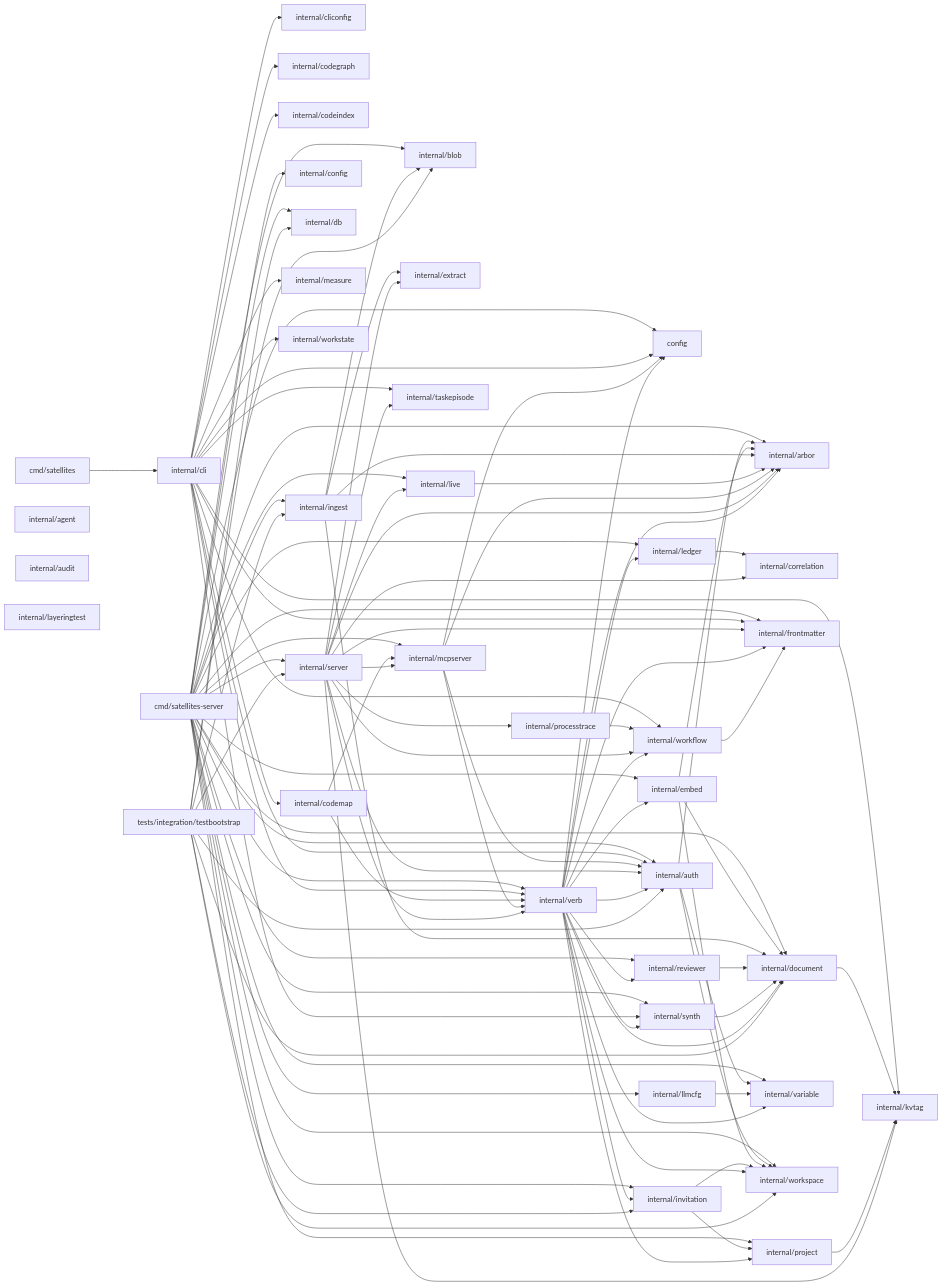
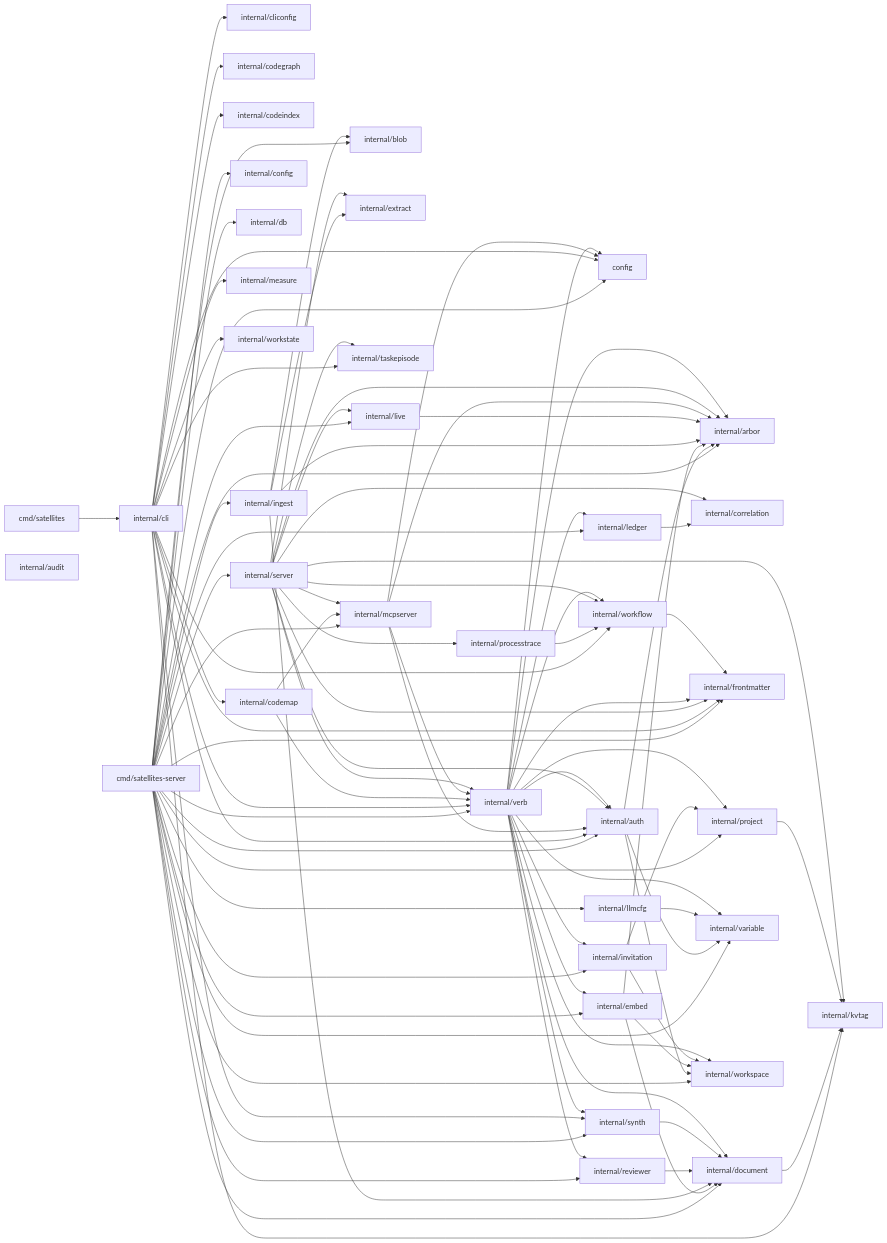
One commit to bobmcallan/satellites changed the diagram in docs/codegraph/codegraph.md. Above: the diagram before and after it, drawn with Mermaid. The commit also changed other lines of this file, not shown here.

First line of the commit message:
feat(codegraph): embed code-graph JSON block in published doc (sty_5f10a95d)

````diff
--- a/docs/codegraph/codegraph.md
+++ b/docs/codegraph/codegraph.md
@@ -10,7 +694,6 @@
   github_com_bobmcallan_satellites_cmd_satellites["cmd/satellites"]
   github_com_bobmcallan_satellites_cmd_satellites_server["cmd/satellites-server"]
   github_com_bobmcallan_satellites_config["config"]
-  github_com_bobmcallan_satellites_internal_agent["internal/agent"]
   github_com_bobmcallan_satellites_internal_arbor["internal/arbor"]
   github_com_bobmcallan_satellites_internal_audit["internal/audit"]
   github_com_bobmcallan_satellites_internal_auth["internal/auth"]
@@ -30,7 +713,6 @@
   github_com_bobmcallan_satellites_internal_ingest["internal/ingest"]
   github_com_bobmcallan_satellites_internal_invitation["internal/invitation"]
   github_com_bobmcallan_satellites_internal_kvtag["internal/kvtag"]
-  github_com_bobmcallan_satellites_internal_layeringtest["internal/layeringtest"]
   github_com_bobmcallan_satellites_internal_ledger["internal/ledger"]
   github_com_bobmcallan_satellites_internal_live["internal/live"]
   github_com_bobmcallan_satellites_internal_llmcfg["internal/llmcfg"]
@@ -47,7 +729,6 @@
   github_com_bobmcallan_satellites_internal_workflow["internal/workflow"]
   github_com_bobmcallan_satellites_internal_workspace["internal/workspace"]
   github_com_bobmcallan_satellites_internal_workstate["internal/workstate"]
-  github_com_bobmcallan_satellites_tests_integration_testbootstrap["tests/integration/testbootstrap"]
   github_com_bobmcallan_satellites_cmd_satellites --> github_com_bobmcallan_satellites_internal_cli
   github_com_bobmcallan_satellites_cmd_satellites_server --> github_com_bobmcallan_satellites_config
   github_com_bobmcallan_satellites_cmd_satellites_server --> github_com_bobmcallan_satellites_internal_arbor
@@ -138,12 +819,4 @@
   github_com_bobmcallan_satellites_internal_verb --> github_com_bobmcallan_satellites_internal_workflow
   github_com_bobmcallan_satellites_internal_verb --> github_com_bobmcallan_satellites_internal_workspace
   github_com_bobmcallan_satellites_internal_workflow --> github_com_bobmcallan_satellites_internal_frontmatter
-  github_com_bobmcallan_satellites_tests_integration_testbootstrap --> github_com_bobmcallan_satellites_internal_auth
-  github_com_bobmcallan_satellites_tests_integration_testbootstrap --> github_com_bobmcallan_satellites_internal_blob
-  github_com_bobmcallan_satellites_tests_integration_testbootstrap --> github_com_bobmcallan_satellites_internal_db
-  github_com_bobmcallan_satellites_tests_integration_testbootstrap --> github_com_bobmcallan_satellites_internal_document
-  github_com_bobmcallan_satellites_tests_integration_testbootstrap --> github_com_bobmcallan_satellites_internal_ingest
-  github_com_bobmcallan_satellites_tests_integration_testbootstrap --> github_com_bobmcallan_satellites_internal_invitation
-  github_com_bobmcallan_satellites_tests_integration_testbootstrap --> github_com_bobmcallan_satellites_internal_server
-  github_com_bobmcallan_satellites_tests_integration_testbootstrap --> github_com_bobmcallan_satellites_internal_workspace
 ```
````
